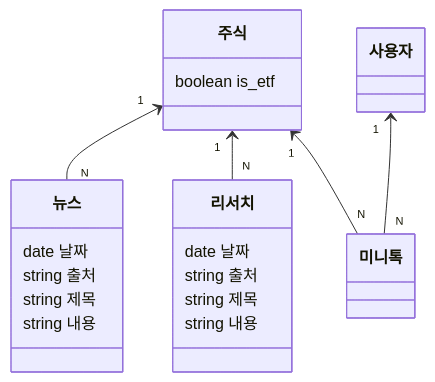
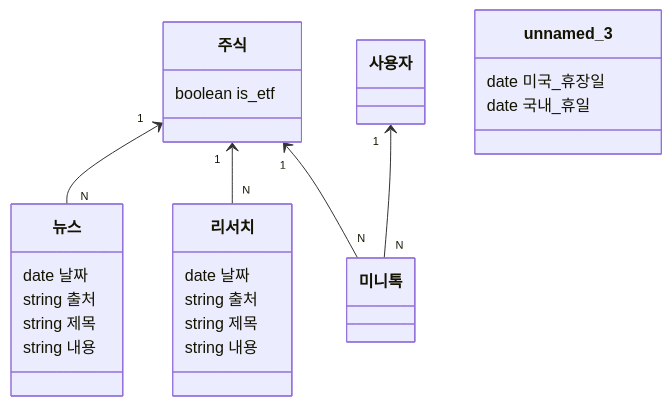
The third of 3 diagrams in backend/diagram.md (ony3000/my-stock), drawn with Mermaid before and after one commit.

````diff
--- a/backend/diagram.md
+++ b/backend/diagram.md
@@ -146,27 +146,32 @@
 ```mermaid
 classDiagram
   class 주식 {
     boolean is_etf
   }
 
   class 뉴스 {
     date 날짜
     string 출처
     string 제목
     string 내용
   }
   주식 "1" <-- "N" 뉴스
 
   class 리서치 {
     date 날짜
     string 출처
     string 제목
     string 내용
   }
   주식 "1" <-- "N" 리서치
 
   class 미니톡 {
   }
   사용자 "1" <-- "N" 미니톡
   주식 "1" <-- "N" 미니톡
+
+  class unnamed_3 {
+    date 미국_휴장일
+    date 국내_휴일
+  }
 ```
````
